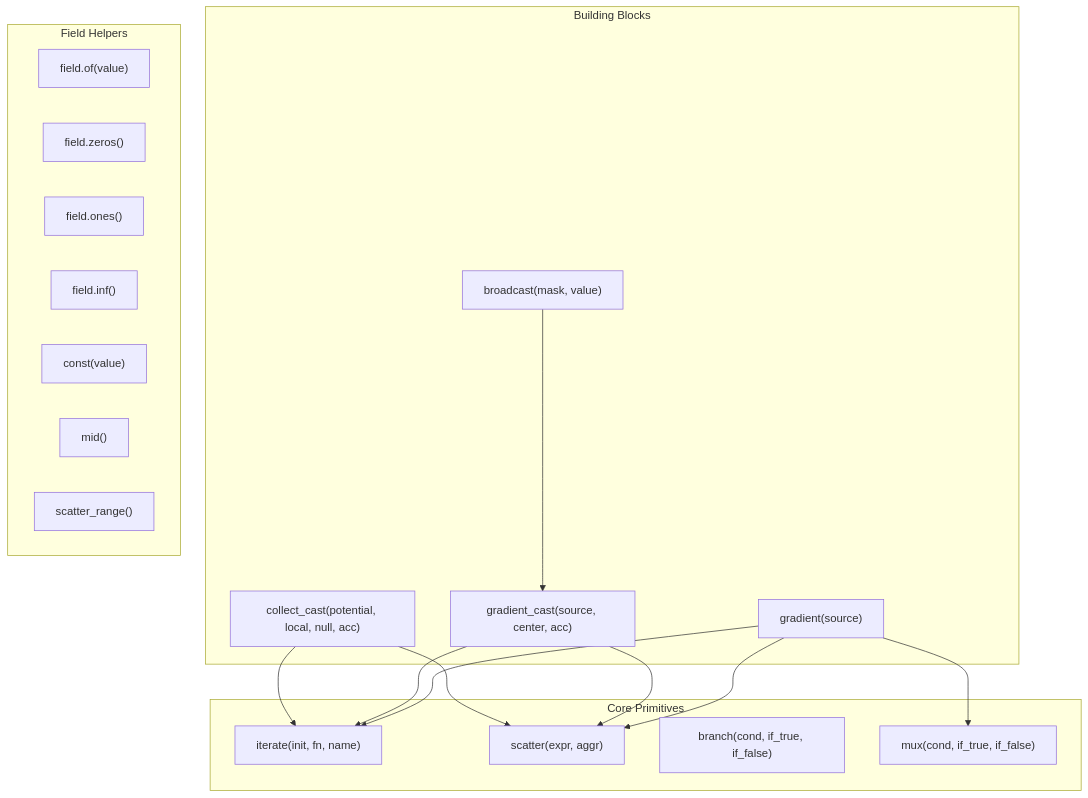
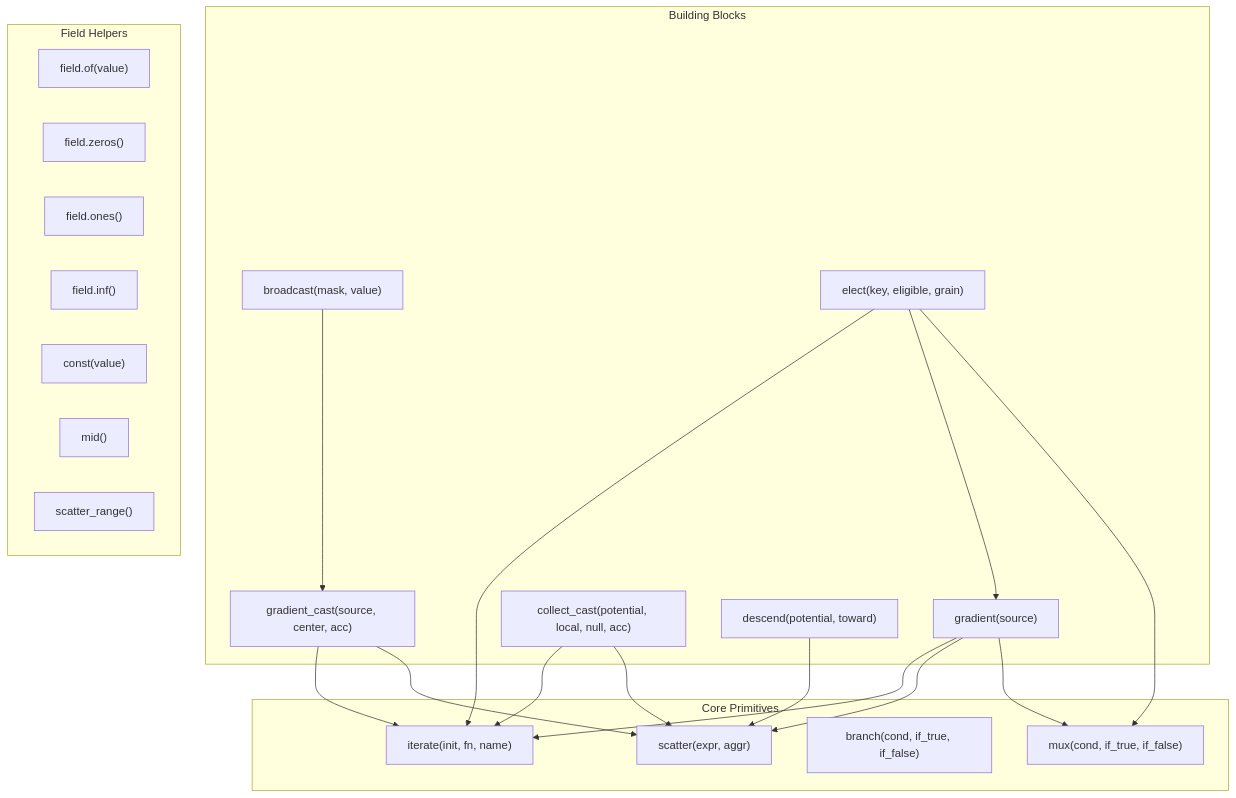
The fifth of 15 diagrams in docs/architecture.md (cric96/DifField), drawn with Mermaid before and after one commit. The commit also changed other lines of this file and 141 other files, not shown here.

````diff
--- a/docs/architecture.md
+++ b/docs/architecture.md
@@ -217,38 +275,46 @@
 ```mermaid
 graph TB
     subgraph Core["Core Primitives"]
         iterate["iterate(init, fn, name)"]
         scatter["scatter(expr, aggr)"]
         branch["branch(cond, if_true, if_false)"]
         mux["mux(cond, if_true, if_false)"]
     end
 
     subgraph Blocks["Building Blocks"]
         gradient["gradient(source)"]
         gradient_cast["gradient_cast(source, center, acc)"]
         broadcast["broadcast(mask, value)"]
         collect_cast["collect_cast(potential, local, null, acc)"]
+        elect["elect(key, eligible, grain)"]
+        descend["descend(potential, toward)"]
     end
 
     subgraph Helpers["Field Helpers"]
         field_of["field.of(value)"]
         field_zeros["field.zeros()"]
         field_ones["field.ones()"]
         field_inf["field.inf()"]
         const["const(value)"]
         mid["mid()"]
         scatter_range["scatter_range()"]
     end
 
     gradient --> iterate
     gradient --> scatter
     gradient --> mux
 
     gradient_cast --> iterate
     gradient_cast --> scatter
 
     broadcast --> gradient_cast
 
     collect_cast --> iterate
     collect_cast --> scatter
+
+    elect --> iterate
+    elect --> gradient
+    elect --> mux
+
+    descend --> scatter
 ```
````
